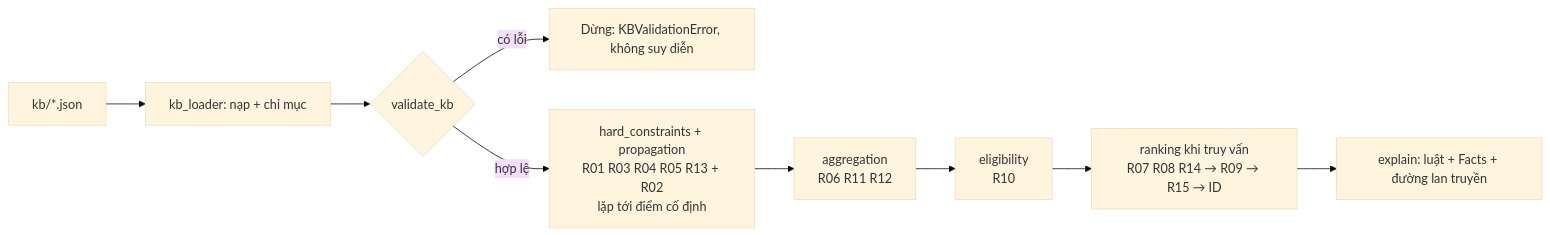
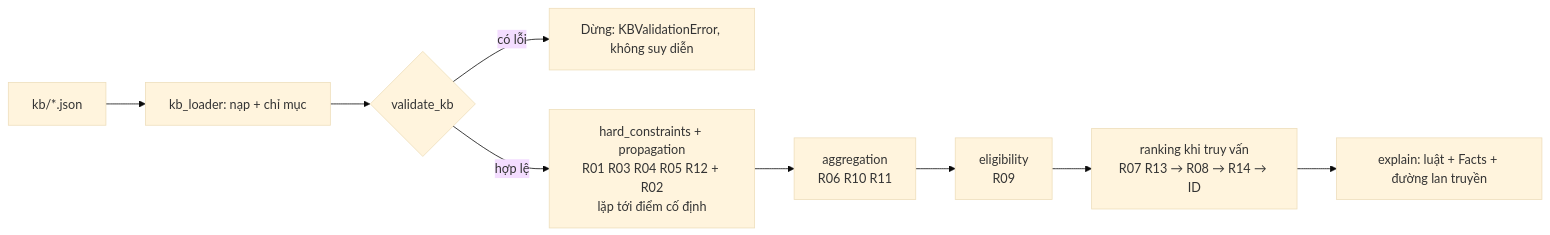
The diagram in docs/kb_organization.md (zaabinh/CS217-FoodNutritionKB), drawn with Mermaid (base theme) before and after one commit. The commit also changed other lines of this file and 11 other files, not shown here.

````diff
--- a/docs/kb_organization.md
+++ b/docs/kb_organization.md
@@ -104,11 +104,11 @@
 ```mermaid
 flowchart LR
   A["kb/*.json"] --> B["kb_loader: nạp + chỉ mục"]
   B --> C{"validate_kb"}
   C -- "có lỗi" --> X["Dừng: KBValidationError, không suy diễn"]
-  C -- "hợp lệ" --> D["hard_constraints + propagation<br/>R01 R03 R04 R05 R13 + R02<br/>lặp tới điểm cố định"]
-  D --> E["aggregation<br/>R06 R11 R12"]
-  E --> F["eligibility<br/>R10"]
-  F --> G["ranking khi truy vấn<br/>R07 R08 R14 → R09 → R15 → ID"]
+  C -- "hợp lệ" --> D["hard_constraints + propagation<br/>R01 R03 R04 R05 R12 + R02<br/>lặp tới điểm cố định"]
+  D --> E["aggregation<br/>R06 R10 R11"]
+  E --> F["eligibility<br/>R09"]
+  F --> G["ranking khi truy vấn<br/>R07 R13 → R08 → R14 → ID"]
   G --> H["explain: luật + Facts + đường lan truyền"]
 ```
````
